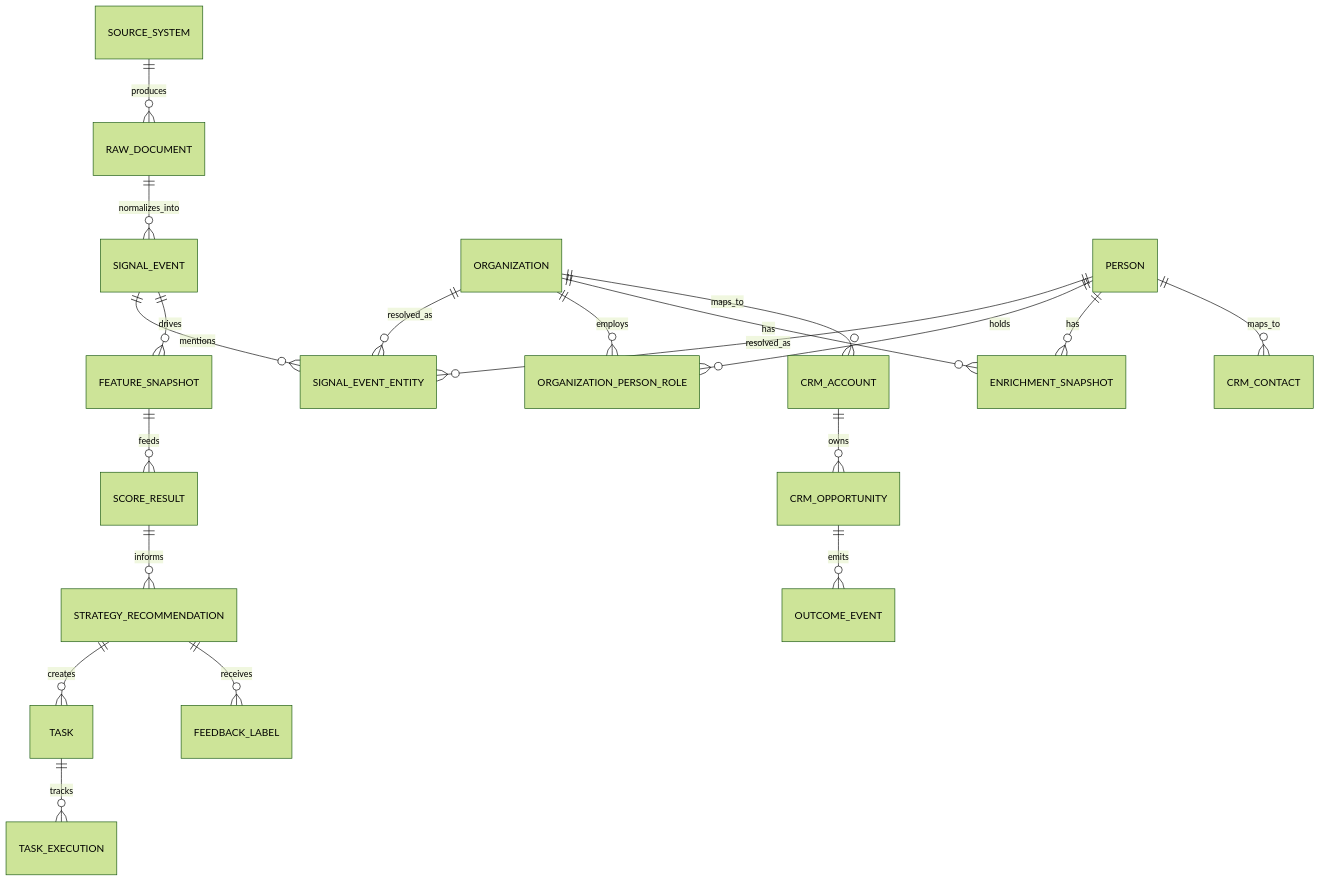
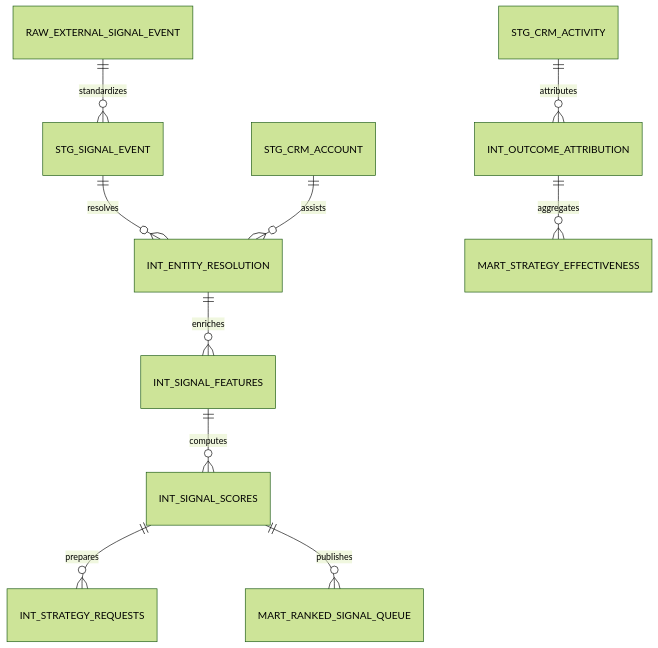
Before and after one commit to yghias/dealflow-ai-engine: the diagram in DATA_MODEL.md, drawn with Mermaid (forest theme). The commit also changed other lines of this file and 82 other files, not shown here.

Commit message:
Refactor repository for SQL-first platform architecture

````diff
--- a/DATA_MODEL.md
+++ b/DATA_MODEL.md
@@ -45,22 +42,12 @@
 ```mermaid
 erDiagram
-    SOURCE_SYSTEM ||--o{ RAW_DOCUMENT : produces
-    RAW_DOCUMENT ||--o{ SIGNAL_EVENT : normalizes_into
-    SIGNAL_EVENT ||--o{ SIGNAL_EVENT_ENTITY : mentions
-    ORGANIZATION ||--o{ SIGNAL_EVENT_ENTITY : resolved_as
-    PERSON ||--o{ SIGNAL_EVENT_ENTITY : resolved_as
-    ORGANIZATION ||--o{ ORGANIZATION_PERSON_ROLE : employs
-    PERSON ||--o{ ORGANIZATION_PERSON_ROLE : holds
-    ORGANIZATION ||--o{ ENRICHMENT_SNAPSHOT : has
-    PERSON ||--o{ ENRICHMENT_SNAPSHOT : has
-    ORGANIZATION ||--o{ CRM_ACCOUNT : maps_to
-    PERSON ||--o{ CRM_CONTACT : maps_to
-    CRM_ACCOUNT ||--o{ CRM_OPPORTUNITY : owns
-    SIGNAL_EVENT ||--o{ FEATURE_SNAPSHOT : drives
-    FEATURE_SNAPSHOT ||--o{ SCORE_RESULT : feeds
-    SCORE_RESULT ||--o{ STRATEGY_RECOMMENDATION : informs
-    STRATEGY_RECOMMENDATION ||--o{ TASK : creates
-    TASK ||--o{ TASK_EXECUTION : tracks
-    CRM_OPPORTUNITY ||--o{ OUTCOME_EVENT : emits
-    STRATEGY_RECOMMENDATION ||--o{ FEEDBACK_LABEL : receives
+    RAW_EXTERNAL_SIGNAL_EVENT ||--o{ STG_SIGNAL_EVENT : standardizes
+    STG_SIGNAL_EVENT ||--o{ INT_ENTITY_RESOLUTION : resolves
+    STG_CRM_ACCOUNT ||--o{ INT_ENTITY_RESOLUTION : assists
+    INT_ENTITY_RESOLUTION ||--o{ INT_SIGNAL_FEATURES : enriches
+    INT_SIGNAL_FEATURES ||--o{ INT_SIGNAL_SCORES : computes
+    INT_SIGNAL_SCORES ||--o{ INT_STRATEGY_REQUESTS : prepares
+    INT_SIGNAL_SCORES ||--o{ MART_RANKED_SIGNAL_QUEUE : publishes
+    STG_CRM_ACTIVITY ||--o{ INT_OUTCOME_ATTRIBUTION : attributes
+    INT_OUTCOME_ATTRIBUTION ||--o{ MART_STRATEGY_EFFECTIVENESS : aggregates
 ```
````
